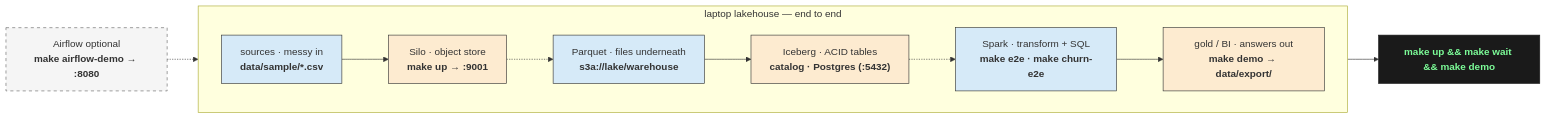
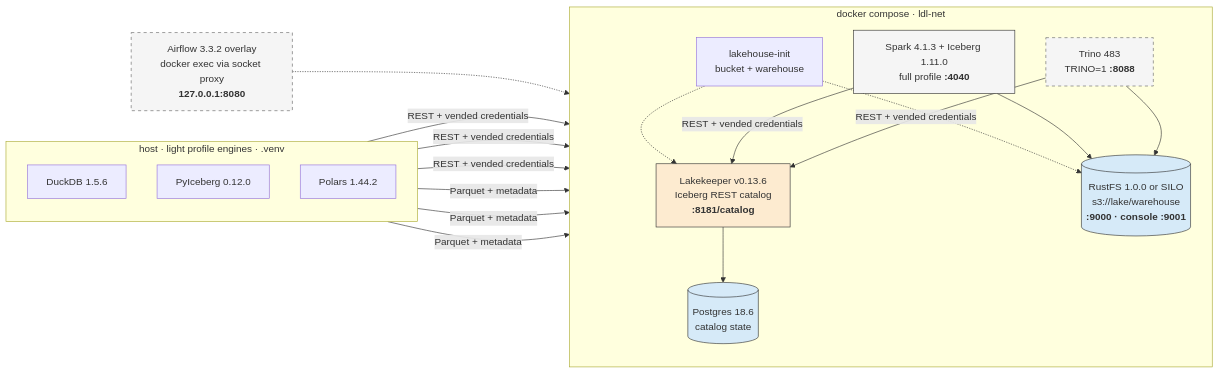
Before and after one commit to santoshshinde2012/local-data-lakehouse: the first of 2 diagrams in README.md, drawn with Mermaid. The commit also changed other lines of this file, not shown here.

First line of the commit message:
docs(readme): REST-catalog stack, profiles, measured RAM/startup, versions, tests

````diff
--- a/README.md
+++ b/README.md
@@ -40,29 +36,37 @@
 ```mermaid
 flowchart LR
-  subgraph pipeline["laptop lakehouse — end to end"]
-    direction LR
-    S["sources · messy in<br/><b>data/sample/*.csv</b>"]
-    M["Silo · object store<br/><b>make up → :9001</b>"]
-    P["Parquet · files underneath<br/><b>s3a://lake/warehouse</b>"]
-    I["Iceberg · ACID tables<br/><b>catalog · Postgres (:5432)</b>"]
-    SP["Spark · transform + SQL<br/><b>make e2e · make churn-e2e</b>"]
-    G["gold / BI · answers out<br/><b>make demo → data/export/</b>"]
-
-    S --> M -.-> P --> I -.-> SP --> G
+  subgraph HOST["host · light profile engines · .venv"]
+    direction TB
+    DUCK["DuckDB 1.5.6"]
+    PYI["PyIceberg 0.12.0"]
+    POL["Polars 1.44.2"]
   end
 
-  AF["Airflow optional<br/><b>make airflow-demo → :8080</b>"]
+  subgraph STACK["docker compose · ldl-net"]
+    direction TB
+    LK["Lakekeeper v0.13.6<br/>Iceberg REST catalog<br/><b>:8181/catalog</b>"]
+    PG[("Postgres 18.6<br/>catalog state")]
+    OS[("RustFS 1.0.0 or SILO<br/>s3://lake/warehouse<br/><b>:9000 · console :9001</b>")]
+    INIT["lakehouse-init<br/>bucket + warehouse"]
+    SP["Spark 4.1.3 + Iceberg 1.11.0<br/>full profile <b>:4040</b>"]
+    TR["Trino 483<br/>TRINO=1 <b>:8088</b>"]
+  end
+
+  AF["Airflow 3.3.2 overlay<br/>docker exec via socket proxy<br/><b>127.0.0.1:8080</b>"]
+
+  LK --> PG
+  INIT -.-> OS
+  INIT -.-> LK
+  DUCK & PYI & POL -->|REST + vended credentials| LK
+  SP & TR -->|REST + vended credentials| LK
+  DUCK & PYI & POL -->|Parquet + metadata| OS
+  SP & TR --> OS
   AF -.-> SP
 
-  FULL["<b>make up && make wait && make demo</b>"]
-  G --> FULL
-
-  style S fill:#d6eaf8,stroke:#333
-  style M fill:#fdebd0,stroke:#333
-  style P fill:#d6eaf8,stroke:#333
-  style I fill:#fdebd0,stroke:#333
-  style SP fill:#d6eaf8,stroke:#333
-  style G fill:#fdebd0,stroke:#333
+  style LK fill:#fdebd0,stroke:#333
+  style OS fill:#d6eaf8,stroke:#333
+  style PG fill:#d6eaf8,stroke:#333
+  style SP fill:#f5f5f5,stroke:#333
+  style TR fill:#f5f5f5,stroke:#666,stroke-dasharray: 5 5
   style AF fill:#f5f5f5,stroke:#666,stroke-dasharray: 5 5
-  style FULL fill:#1a1a1a,color:#7CFC98,stroke:#1a1a1a
 ```
````
